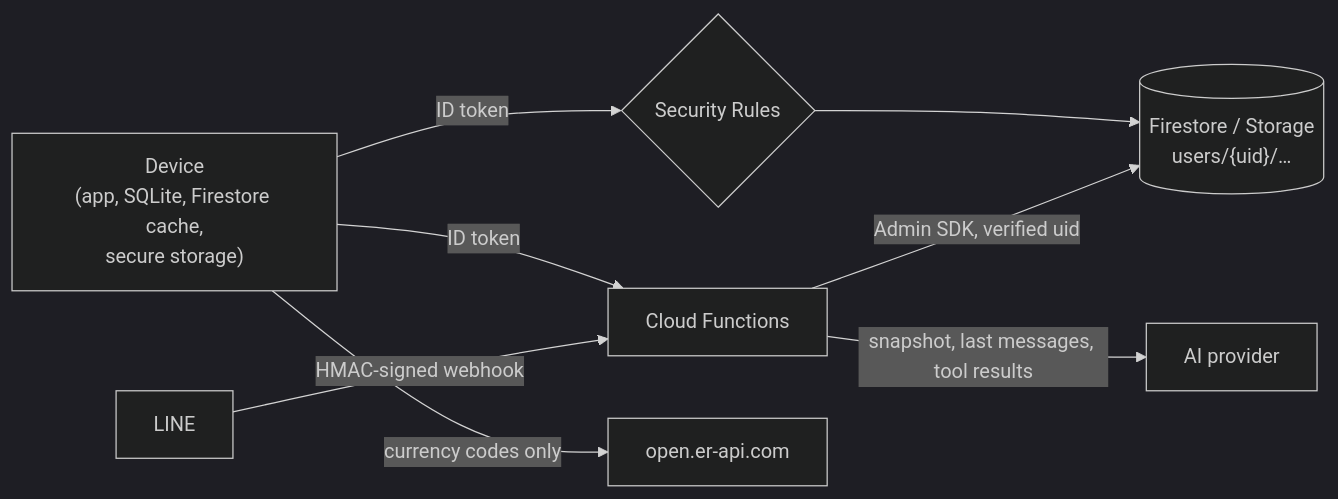
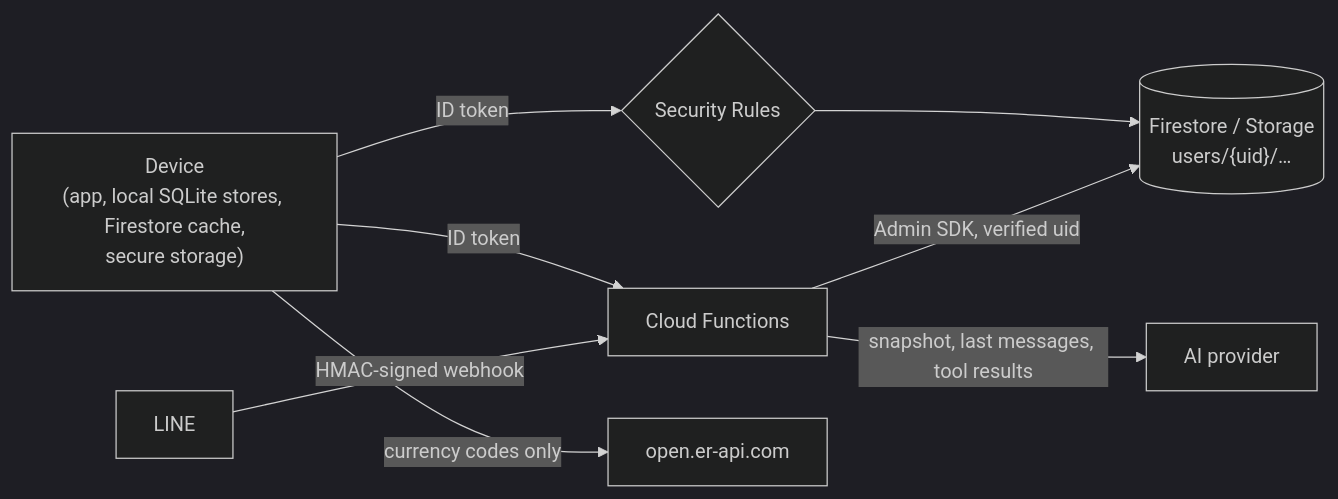
The diagram in docs/security.md (PePoDev/aiko), drawn with Mermaid (dark theme) before and after one commit. The commit also changed other lines of this file and 15 other files, not shown here.

````diff
--- a/docs/security.md
+++ b/docs/security.md
@@ -7,10 +7,10 @@
 ```mermaid
 flowchart LR
-  D["Device<br/>(app, SQLite, Firestore cache,<br/>secure storage)"] -->|ID token| R{"Security Rules"}
+  D["Device<br/>(app, local SQLite stores, Firestore cache,<br/>secure storage)"] -->|ID token| R{"Security Rules"}
   R --> FS[("Firestore / Storage<br/>users/{uid}/…")]
   D -->|ID token| F["Cloud Functions"]
   F -->|Admin SDK, verified uid| FS
   F -->|snapshot, last messages, tool results| AI["AI provider"]
   L["LINE"] -->|HMAC-signed webhook| F
   D -->|currency codes only| FX["open.er-api.com"]
 ```
````
